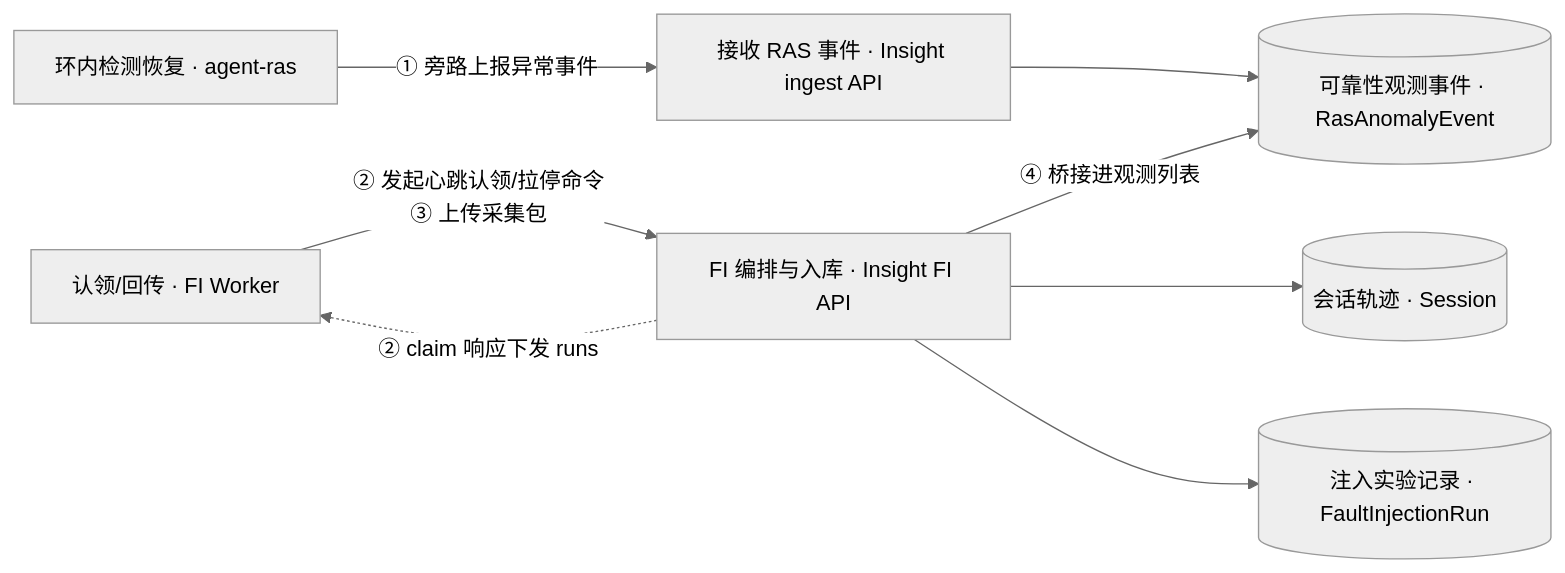
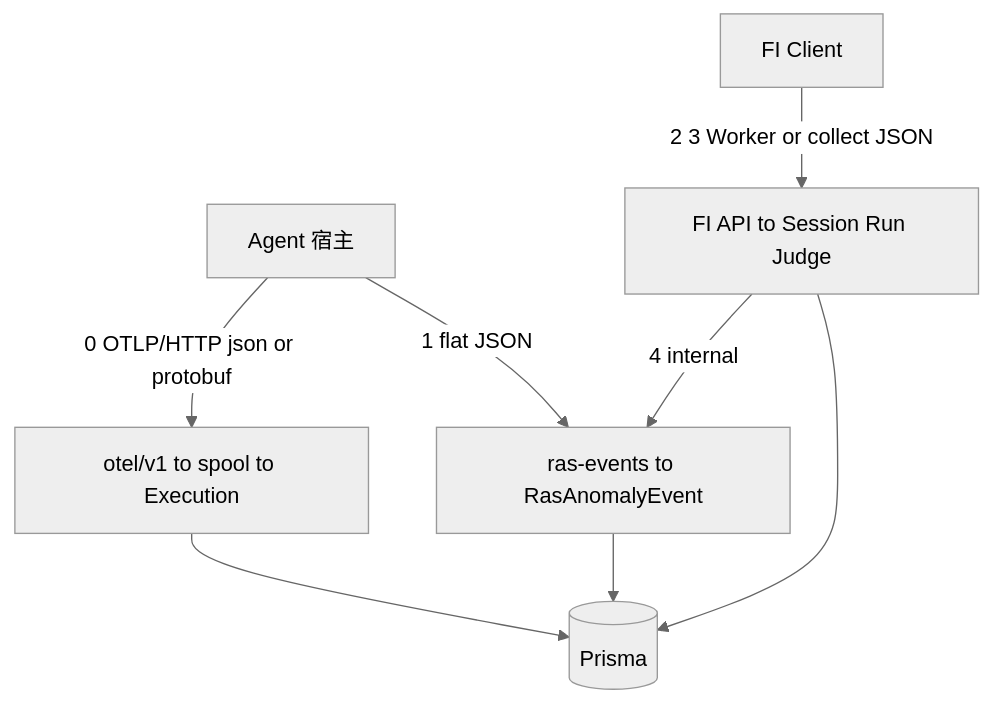
The sixth of 8 diagrams in docs/agent-fault-injection/designs/ras-fi-insight-relationship.md (openeuler-mirror/agent-insight), drawn with Mermaid (neutral theme) before and after one commit. The commit also changed other lines of this file and 56 other files, not shown here.

First line of the commit message:
feat(fi): 吸收 Judge 证据边界与 injection_tools 扁平化

````diff
--- a/docs/agent-fault-injection/designs/ras-fi-insight-relationship.md
+++ b/docs/agent-fault-injection/designs/ras-fi-insight-relationship.md
@@ -237,10 +304,11 @@
 ```mermaid
-flowchart LR
-  RAS["环内检测恢复 · agent-ras"] -->|"① 旁路上报异常事件"| Ingest["接收 RAS 事件 · Insight ingest API"]
-  FIW["认领/回传 · FI Worker"] -->|"② 发起心跳认领/拉停命令<br/>③ 上传采集包"| FIApi["FI 编排与入库 · Insight FI API"]
-  FIApi -.->|"② claim 响应下发 runs"| FIW
-  Ingest --> RAE[("可靠性观测事件 · RasAnomalyEvent")]
-  FIApi --> Sess[("会话轨迹 · Session")]
-  FIApi --> Run[("注入实验记录 · FaultInjectionRun")]
-  FIApi -->|"④ 桥接进观测列表"| RAE
+flowchart TB
+  Host["Agent 宿主"]
+  Host -->|"0 OTLP/HTTP json or protobuf"| Otel["otel/v1 to spool to Execution"]
+  Host -->|"1 flat JSON"| RasIn["ras-events to RasAnomalyEvent"]
+  FIC["FI Client"] -->|"2 3 Worker or collect JSON"| FiApi["FI API to Session Run Judge"]
+  FiApi -->|"4 internal"| RasIn
+  Otel --> DB[("Prisma")]
+  RasIn --> DB
+  FiApi --> DB
 ```
````
